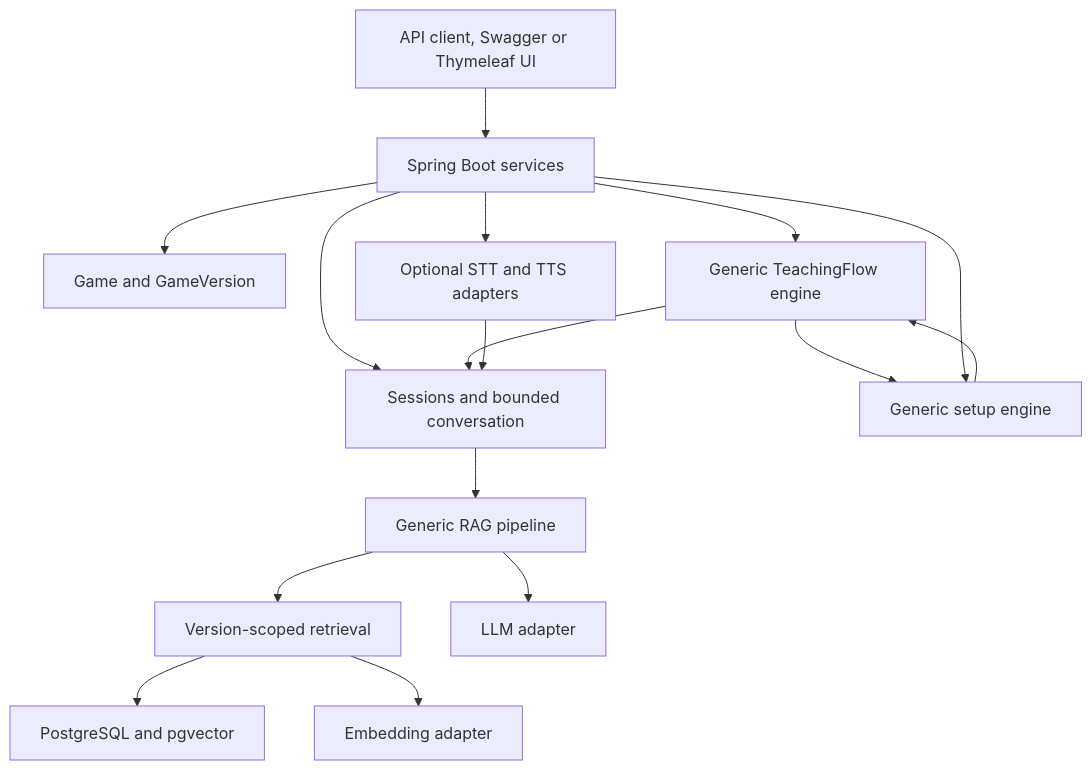
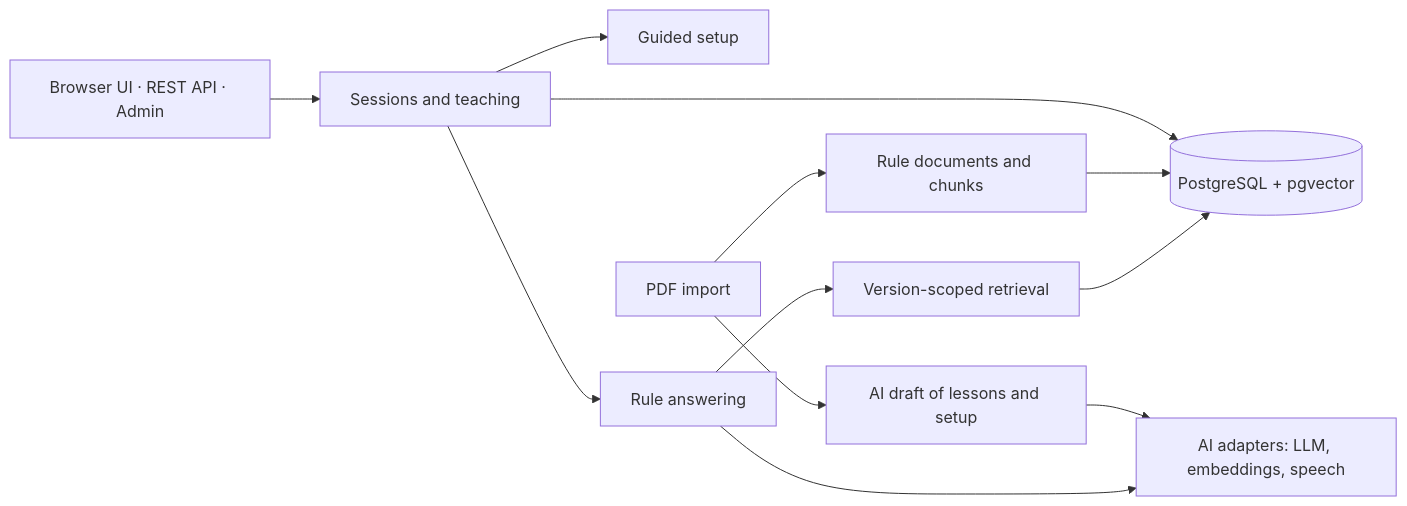
One commit to nataliachs/board-game-master changed the diagram in README.md. Above: the diagram before and after it, drawn with Mermaid. The commit also changed other lines of this file and 17 other files, not shown here.

````diff
--- a/README.md
+++ b/README.md
@@ -94,18 +90,14 @@
 ```mermaid
-flowchart TD
-  Client[API client, Swagger or Thymeleaf UI] --> API[Spring Boot services]
-  API --> Games[Game and GameVersion]
-  API --> Sessions[Sessions and bounded conversation]
-  API --> Teaching[Generic TeachingFlow engine]
-  Teaching --> Setup[Generic setup engine]
-  Setup --> Teaching
-  Teaching --> Sessions
-  API --> Setup
-  API --> Voice[Optional STT and TTS adapters]
-  Voice --> Sessions
-  Sessions --> RAG[Generic RAG pipeline]
+flowchart LR
+  UI[Browser UI · REST API · Admin] --> Sessions[Sessions and teaching]
+  Sessions --> Setup[Guided setup]
+  Sessions --> RAG[Rule answering]
+  Admin[PDF import] --> Rules[Rule documents and chunks]
+  Admin --> Draft[AI draft of lessons and setup]
   RAG --> Retrieval[Version-scoped retrieval]
-  Retrieval --> DB[PostgreSQL and pgvector]
-  RAG --> LLM[LLM adapter]
-  Retrieval --> Embeddings[Embedding adapter]
+  Retrieval --> DB[(PostgreSQL + pgvector)]
+  Rules --> DB
+  Sessions --> DB
+  RAG --> AI[AI adapters: LLM, embeddings, speech]
+  Draft --> AI
 ```
````
